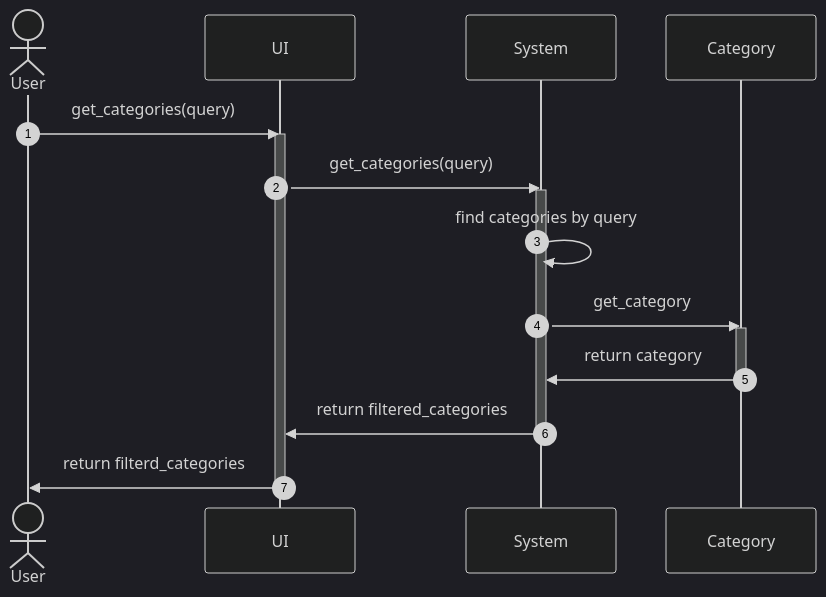
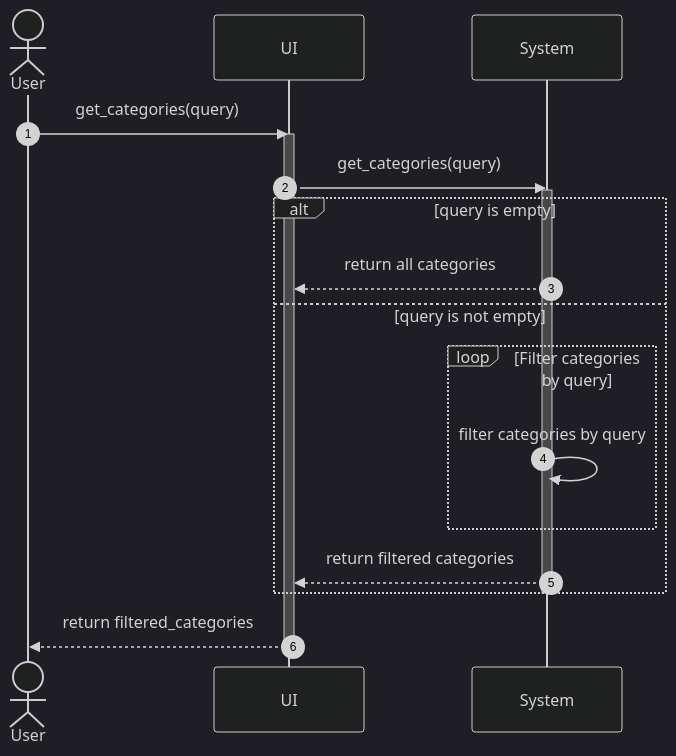
The diagram in diagram/sequence/get_categories.md (Bokutosimp/CE_OOP_PROJECT), drawn with Mermaid before and after one commit. The commit also changed 12 other files, not shown here.

Commit message:
remove unneccessary comment and add sq diagram

````diff
--- a/diagram/sequence/get_categories.md
+++ b/diagram/sequence/get_categories.md
@@ -1,29 +1,32 @@
 ```mermaid
 ---
 config:
   theme: dark
   look: classic
 ---
 
 sequenceDiagram
 autonumber
 
     actor User
     participant UI
     participant System
-    participant Category
 
     User ->> UI: get_categories(query)
     activate UI
     UI ->> System: get_categories(query)
     activate System
-    System ->> System : find categories by query
-    System ->> Category : get_category
-    activate Category
-    Category ->> System : return category
-    deactivate Category
-    System ->> UI: return filtered_categories
+
+    alt query is empty
+        System -->> UI: return all categories
+    else query is not empty
+        loop Filter categories by query
+            System ->> System: filter categories by query
+        end
+        System -->> UI: return filtered categories
+    end
+
     deactivate System
-    UI ->> User: return filterd_categories
+    UI -->> User: return filtered_categories
     deactivate UI
 ```
````
